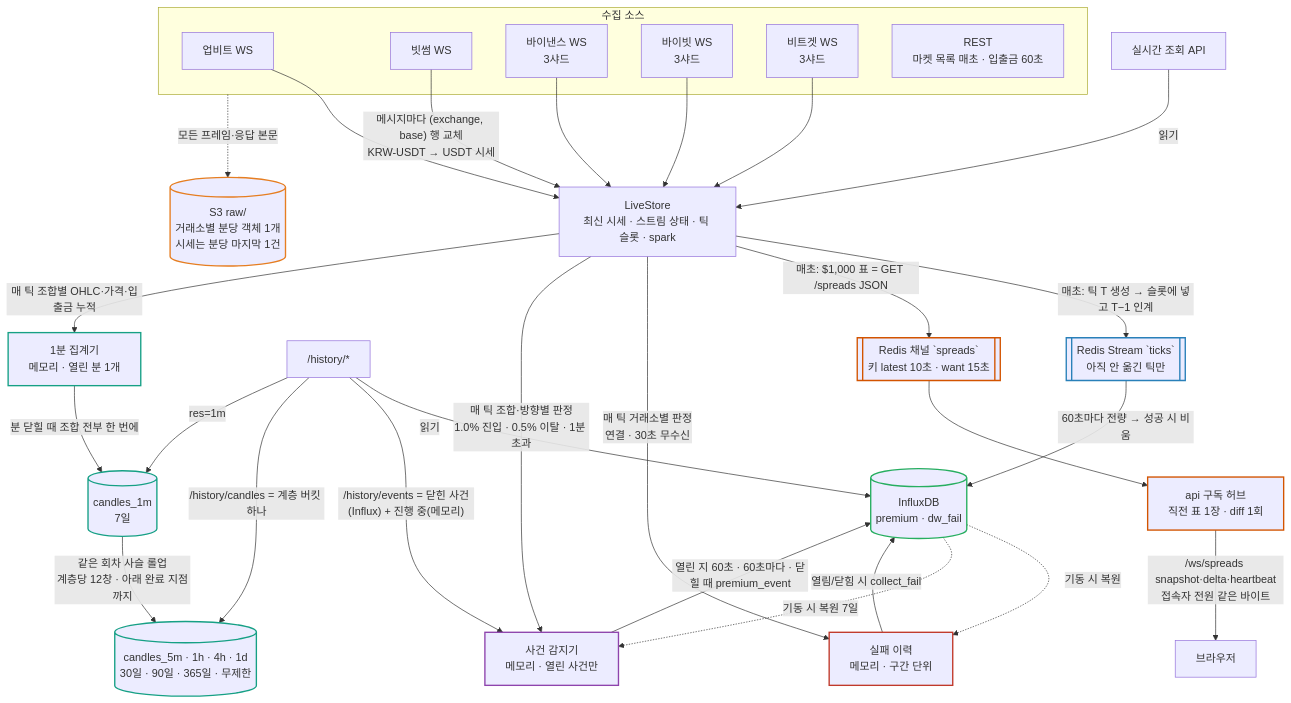
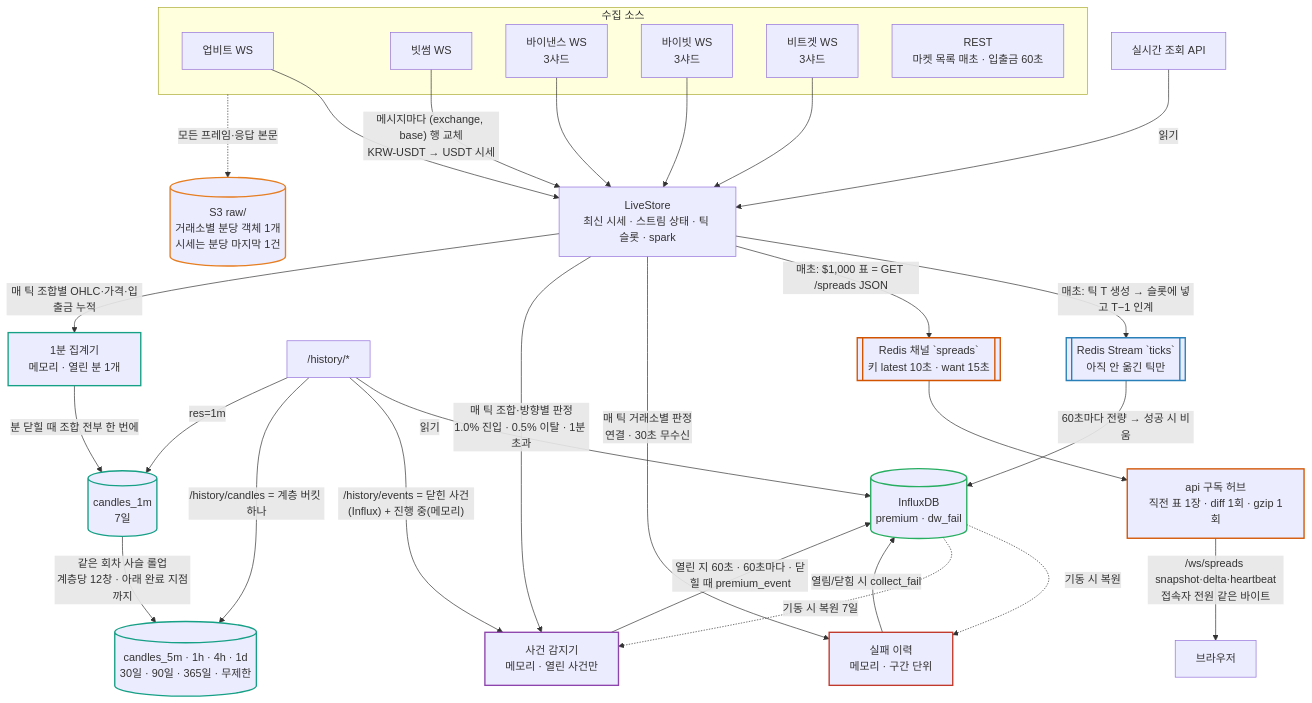
One commit to doldolgo/marketLens changed the diagram in docs/context/architecture.md. Above: the diagram before and after it, drawn with Mermaid. The commit also changed 9 other files, not shown here.

First line of the commit message:
perf(spreads): gzip each table once in the hub and send the same bytes to every client (spec 017)

````diff
--- a/docs/context/architecture.md
+++ b/docs/context/architecture.md
@@ -21,81 +21,81 @@
 ```mermaid
 flowchart TB
     %% ── 소스 ──
     subgraph SRC[수집 소스]
         UP[업비트 WS]
         BT[빗썸 WS]
         BN[바이낸스 WS<br/>3샤드]
         BY[바이빗 WS<br/>3샤드]
         BG[비트겟 WS<br/>3샤드]
         REST[REST<br/>마켓 목록 매초 · 입출금 60초]
     end
 
     %% ── 010 원문 싱크 ──
     S3[(S3 raw/<br/>거래소별 분당 객체 1개<br/>시세는 분당 마지막 1건)]
     SRC -. 모든 프레임·응답 본문 .-> S3
 
     %% ── LiveStore ──
     LS[LiveStore<br/>최신 시세 · 스트림 상태 · 틱 슬롯 · spark]
     UP --> LS
     BT -- "메시지마다 (exchange, base) 행 교체<br/>KRW-USDT → USDT 시세" --> LS
     BN --> LS
     BY --> LS
     BG --> LS
     API[실시간 조회 API] -- 읽기 --> LS
 
     %% ── 009 틱 → Redis → Influx ──
     RS[[Redis Stream `ticks`<br/>아직 안 옮긴 틱만]]
     LS -- "매초: 틱 T 생성 → 슬롯에 넣고 T−1 인계" --> RS
     INF[(InfluxDB<br/>premium · dw_fail)]
     RS -- "60초마다 전량 → 성공 시 비움" --> INF
     HIST["/history/*"] -- 읽기 --> INF
 
     %% ── 017 표 푸시 ──
     PUB[[Redis 채널 `spreads`<br/>키 latest 10초 · want 15초]]
     LS -- "매초: $1,000 표 = GET /spreads JSON" --> PUB
-    HUB[api 구독 허브<br/>직전 표 1장 · diff 1회]
+    HUB[api 구독 허브<br/>직전 표 1장 · diff 1회 · gzip 1회]
     PUB --> HUB
     HUB -- "/ws/spreads snapshot·delta·heartbeat<br/>접속자 전원 같은 바이트" --> WS[브라우저]
 
     %% ── 011 수집 실패 판정 ──
     FAIL[실패 이력<br/>메모리 · 구간 단위]
     LS -- "매 틱 거래소별 판정<br/>연결 · 30초 무수신" --> FAIL
     FAIL -- "열림/닫힘 시 collect_fail" --> INF
     INF -. 기동 시 복원 .-> FAIL
 
     %% ── 013 김프/역프 사건 감지 ──
     EVT[사건 감지기<br/>메모리 · 열린 사건만]
     LS -- "매 틱 조합·방향별 판정<br/>1.0% 진입 · 0.5% 이탈 · 1분 초과" --> EVT
     EVT -- "열린 지 60초 · 60초마다 · 닫힐 때 premium_event" --> INF
     INF -. 기동 시 복원 7일 .-> EVT
     HIST -- "/history/events = 닫힌 사건(Influx) + 진행 중(메모리)" --> EVT
 
     %% ── 014 1분 봉 → 계층 롤업 ──
     AGG[1분 집계기<br/>메모리 · 열린 분 1개]
     LS -- "매 틱 조합별 OHLC·가격·입출금 누적" --> AGG
     C1[(candles_1m<br/>7일)]
     AGG -- "분 닫힐 때 조합 전부 한 번에" --> C1
     CUP[(candles_5m · 1h · 4h · 1d<br/>30일 · 90일 · 365일 · 무제한)]
     C1 -- "같은 회차 사슬 롤업<br/>계층당 12창 · 아래 완료 지점까지" --> CUP
     HIST -- "/history/candles = 계층 버킷 하나" --> CUP
     HIST -- "res=1m" --> C1
 
     %% ── 스펙 번호 (테두리 색) ──
     AGG:::spec014
     PUB:::spec017
     HUB:::spec017
     C1:::spec014
     CUP:::spec014
     S3:::spec010
     RS:::spec009
     INF:::spec005
     FAIL:::spec011
     EVT:::spec013
     classDef spec010 stroke:#e67e22,stroke-width:2px
     classDef spec009 stroke:#2980b9,stroke-width:2px
     classDef spec005 stroke:#27ae60,stroke-width:2px
     classDef spec011 stroke:#c0392b,stroke-width:2px
     classDef spec013 stroke:#8e44ad,stroke-width:2px
     classDef spec014 stroke:#16a085,stroke-width:2px
     classDef spec017 stroke:#d35400,stroke-width:2px
 ```
````
